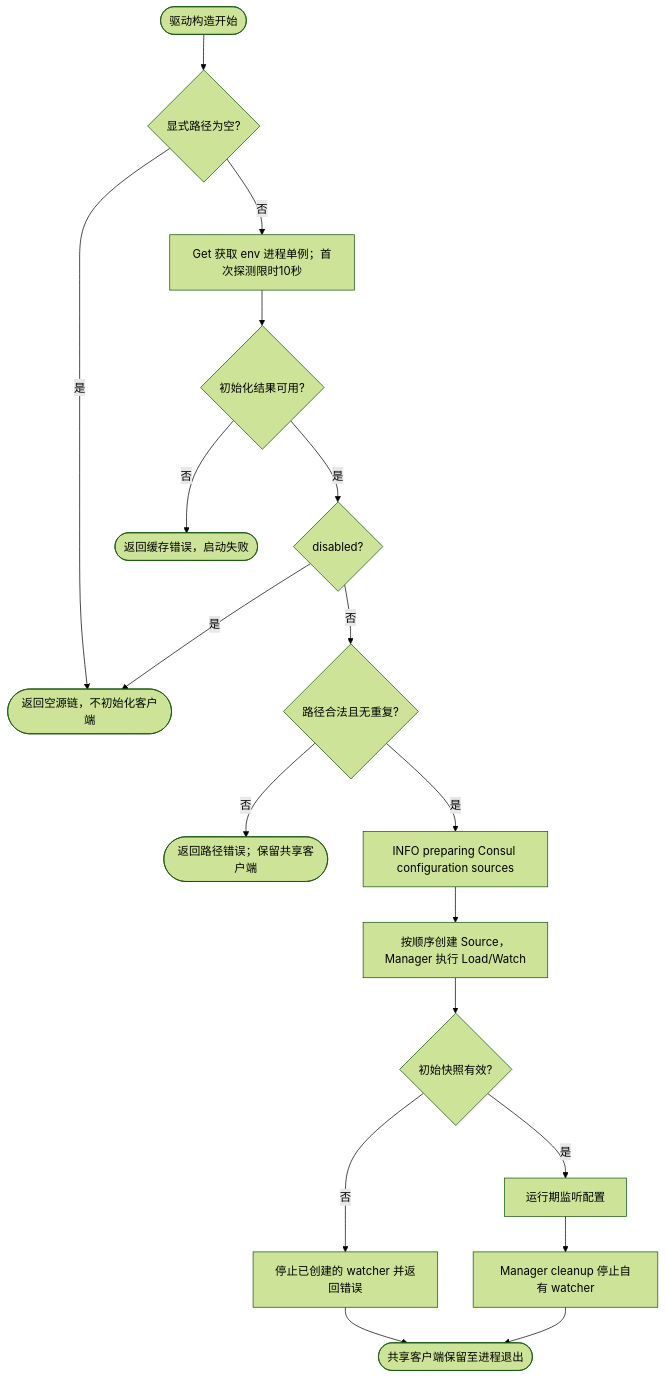
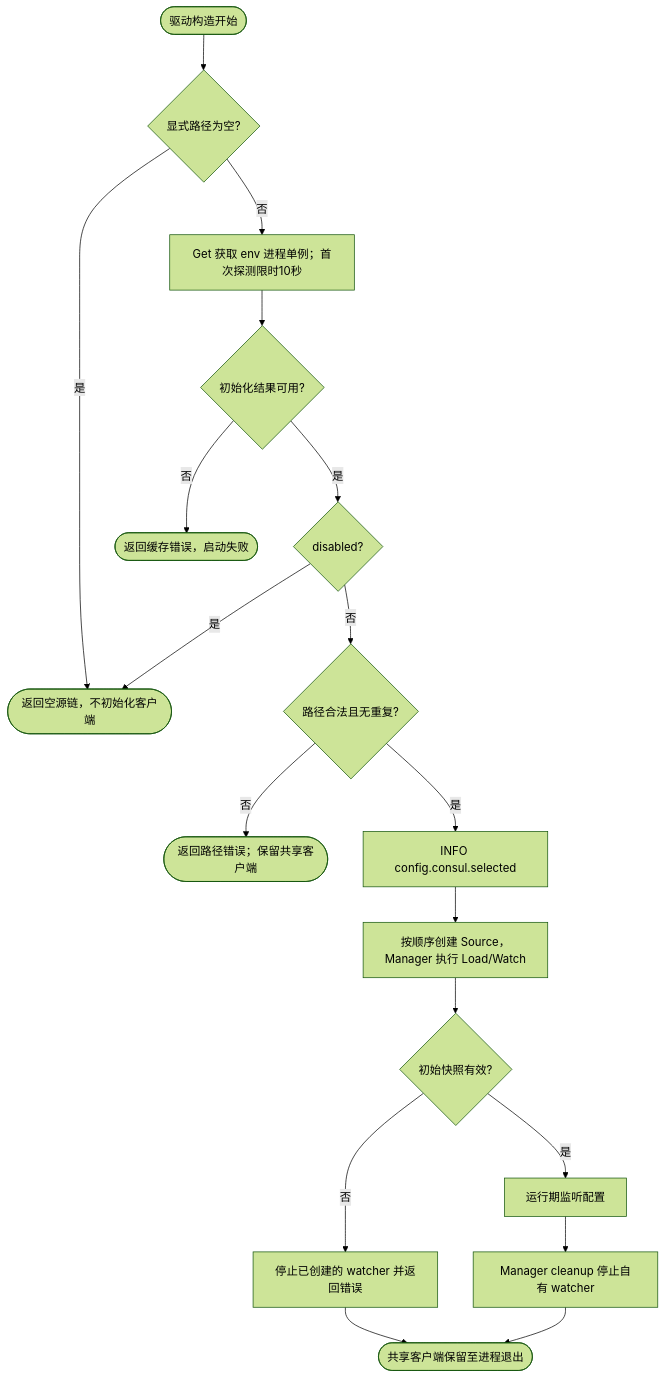
Before and after one commit to jaggerzhuang1994/kratos-foundation: the first of 3 diagrams in contrib/config/consul/README.md, drawn with Mermaid (forest theme). The commit also changed other lines of this file and 204 other files, not shown here.

````diff
--- a/contrib/config/consul/README.md
+++ b/contrib/config/consul/README.md
@@ -24,20 +24,20 @@
 ```mermaid
 flowchart TD
  A([驱动构造开始]) --> B{显式路径为空?}
  B -- 是 --> C([返回空源链，不初始化客户端])
  B -- 否 --> D[Get 获取 env 进程单例；首次探测限时10秒]
  D --> E{初始化结果可用?}
  E -- 否 --> F([返回缓存错误，启动失败])
  E -- 是 --> Z{disabled?}
  Z -- 是 --> C
  Z -- 否 --> G{路径合法且无重复?}
  G -- 否 --> H([返回路径错误；保留共享客户端])
- G -- 是 --> I[INFO preparing Consul configuration sources]
+ G -- 是 --> I[INFO config.consul.selected]
  I --> J[按顺序创建 Source，Manager 执行 Load/Watch]
  J --> K{初始快照有效?}
  K -- 否 --> L[停止已创建的 watcher 并返回错误]
  K -- 是 --> M[运行期监听配置]
  M --> N[Manager cleanup 停止自有 watcher]
  N --> O([共享客户端保留至进程退出])
  L --> O
 ```
````
